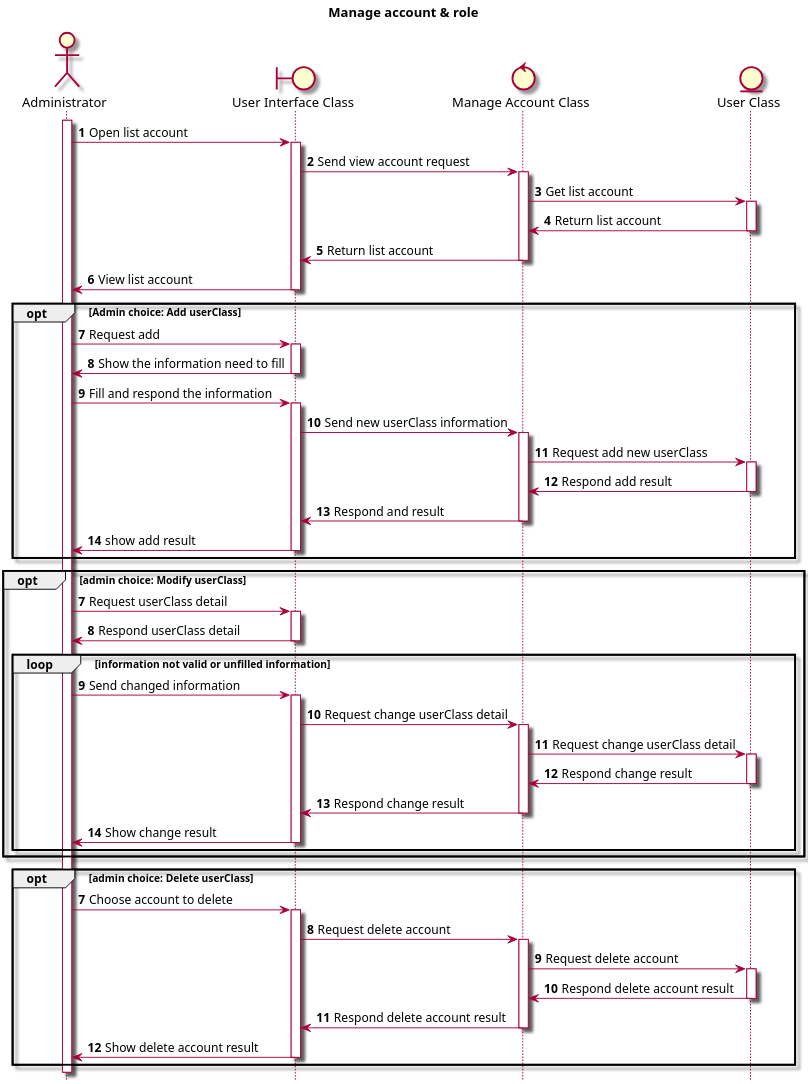
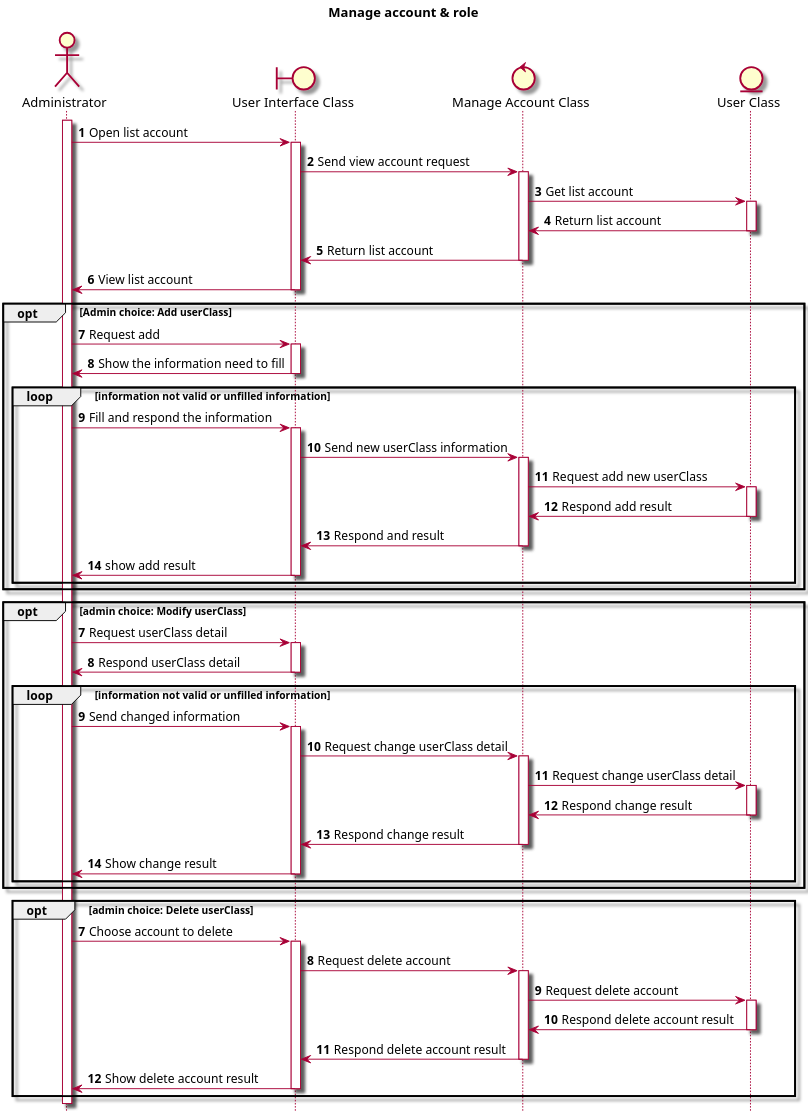
Before and after one commit to Marowota/SE100-plantuml: the diagram in Sequence/SEQ1 Manage account & role.wsd, drawn with PlantUML. The commit also changed 9 other files, not shown here.

Commit message:
add act diagram and update seq +class diagram

```diff
--- a/Sequence/SEQ1 Manage account & role.wsd
+++ b/Sequence/SEQ1 Manage account & role.wsd
@@ -1,56 +1,58 @@
 @startuml SEQ1 Manage account & role
 skin rose
 hide footbox
 scale 3
 
 title "Manage account & role"
 actor "Administrator" as admin
 boundary "User Interface Class" as UIClass
 control "Manage Account Class" as manageAccount
 entity "User Class" as userClass
 
 
 autonumber
     admin ++
     admin -> UIClass ++: Open list account
     UIClass -> manageAccount ++: Send view account request
     manageAccount -> userClass ++: Get list account
     userClass -> manageAccount --: Return list account
     manageAccount -> UIClass --: Return list account
     UIClass -> admin --: View list account
 
     opt Admin choice: Add userClass
         admin -> UIClass ++: Request add
         UIClass -> admin --: Show the information need to fill
+        loop information not valid or unfilled information
         admin -> UIClass ++: Fill and respond the information
         UIClass -> manageAccount ++: Send new userClass information
         manageAccount -> userClass ++: Request add new userClass
         userClass -> manageAccount --: Respond add result
         manageAccount -> UIClass --: Respond and result
         UIClass -> admin --: show add result
+        end
     end
     opt admin choice: Modify userClass
         autonumber 7
         admin -> UIClass ++: Request userClass detail
         UIClass -> admin --: Respond userClass detail
         loop information not valid or unfilled information
             admin -> UIClass ++: Send changed information
             UIClass -> manageAccount ++: Request change userClass detail
             manageAccount -> userClass ++: Request change userClass detail
             userClass -> manageAccount --: Respond change result
             manageAccount -> UIClass --: Respond change result
             UIClass -> admin --: Show change result
         end
     end
     opt admin choice: Delete userClass
         autonumber 7
         admin -> UIClass ++: Choose account to delete
         UIClass -> manageAccount ++: Request delete account
         manageAccount -> userClass ++: Request delete account
         userClass -> manageAccount --: Respond delete account result
         manageAccount -> UIClass --: Respond delete account result
         UIClass -> admin --: Show delete account result
     end
 
 
 @enduml
```
